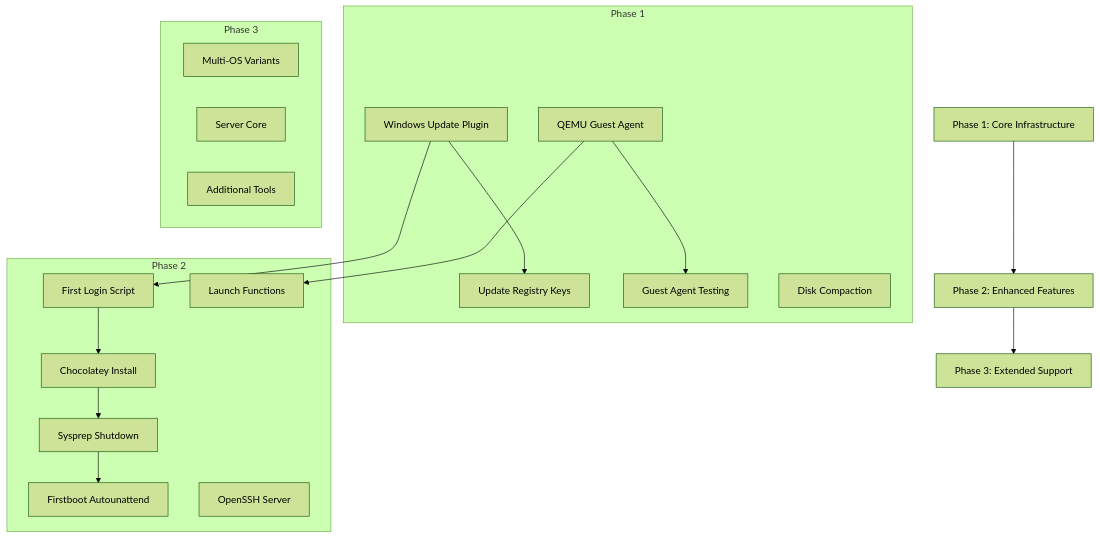
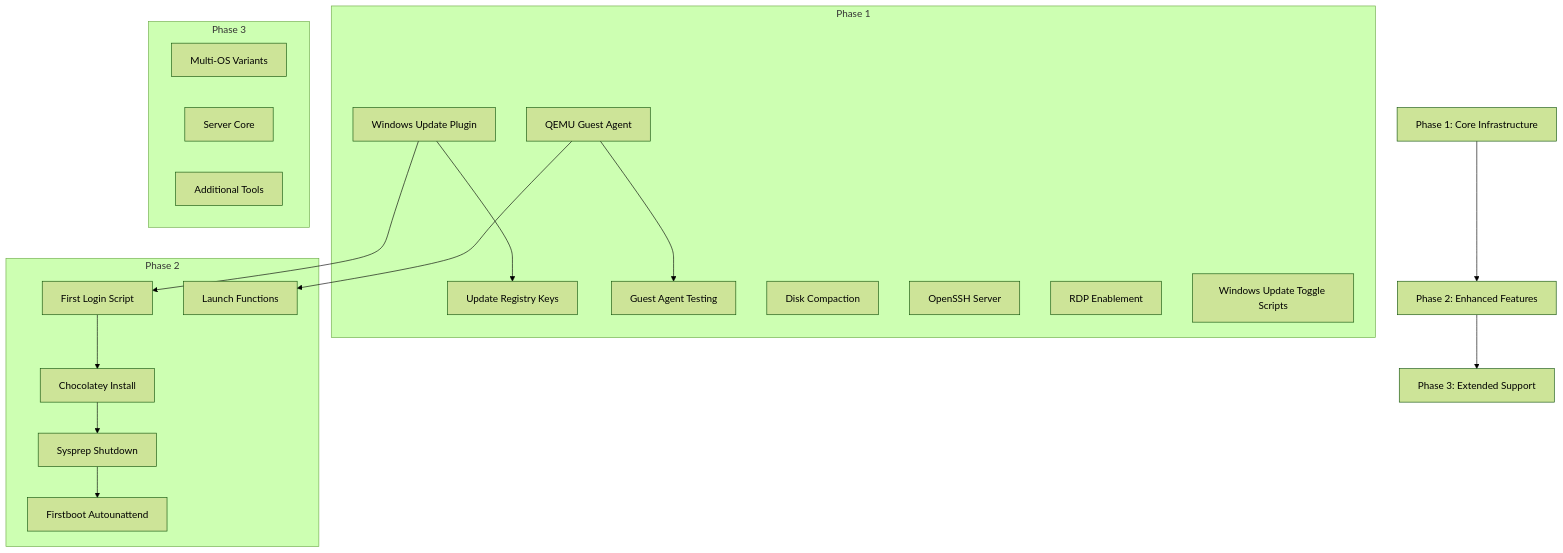
One commit to semidark/packer-qemu-win11 changed the diagram in plans/feature-porting-analysis.md. Above: the diagram before and after it, drawn with Mermaid (forest theme). The commit also changed other lines of this file and 8 other files, not shown here.

````diff
--- a/plans/feature-porting-analysis.md
+++ b/plans/feature-porting-analysis.md
@@ -548,28 +549,30 @@
 ```mermaid
 graph TD
     A[Phase 1: Core Infrastructure] --> B[Phase 2: Enhanced Features]
     B --> C[Phase 3: Extended Support]
     
     subgraph Phase1[Phase 1]
         A1[Windows Update Plugin] --> A2[Update Registry Keys]
         A3[QEMU Guest Agent] --> A4[Guest Agent Testing]
         A5[Disk Compaction]
+        A6[OpenSSH Server]
+        A7[RDP Enablement]
+        A8[Windows Update Toggle Scripts]
     end
     
     subgraph Phase2[Phase 2]
         B1[First Login Script] --> B2[Chocolatey Install]
         B2 --> B3[Sysprep Shutdown]
         B3 --> B4[Firstboot Autounattend]
-        B5[OpenSSH Server]
-        B6[Launch Functions]
+        B5[Launch Functions]
     end
     
     subgraph Phase3[Phase 3]
         C1[Multi-OS Variants]
         C2[Server Core]
         C3[Additional Tools]
     end
     
     A1 --> B1
-    A3 --> B6
+    A3 --> B5
 ```
````
